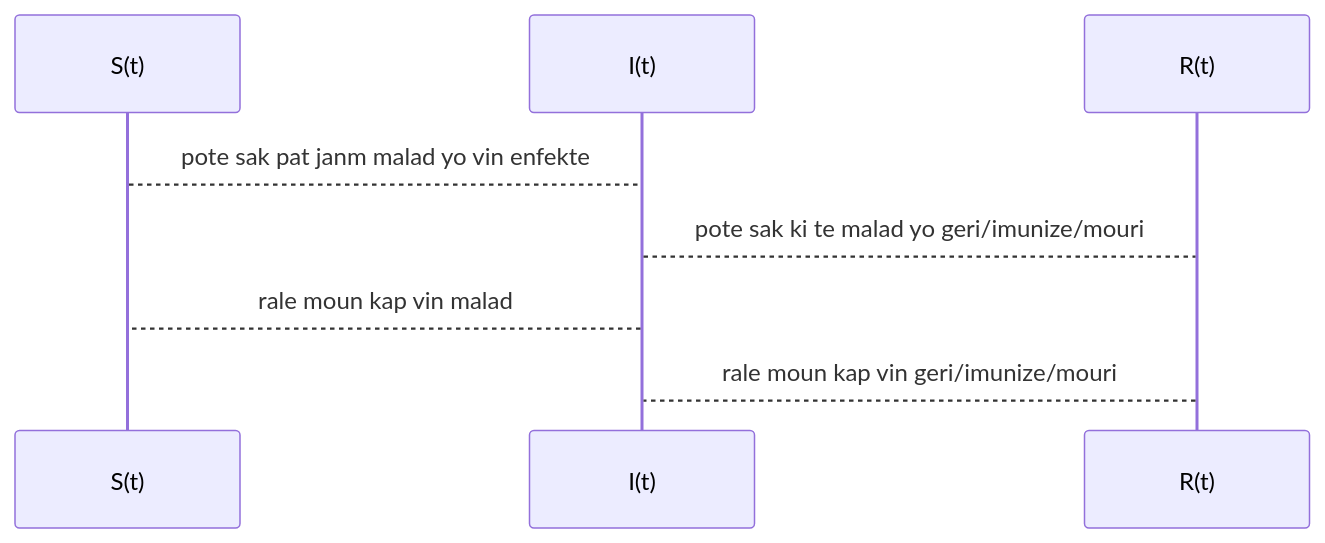
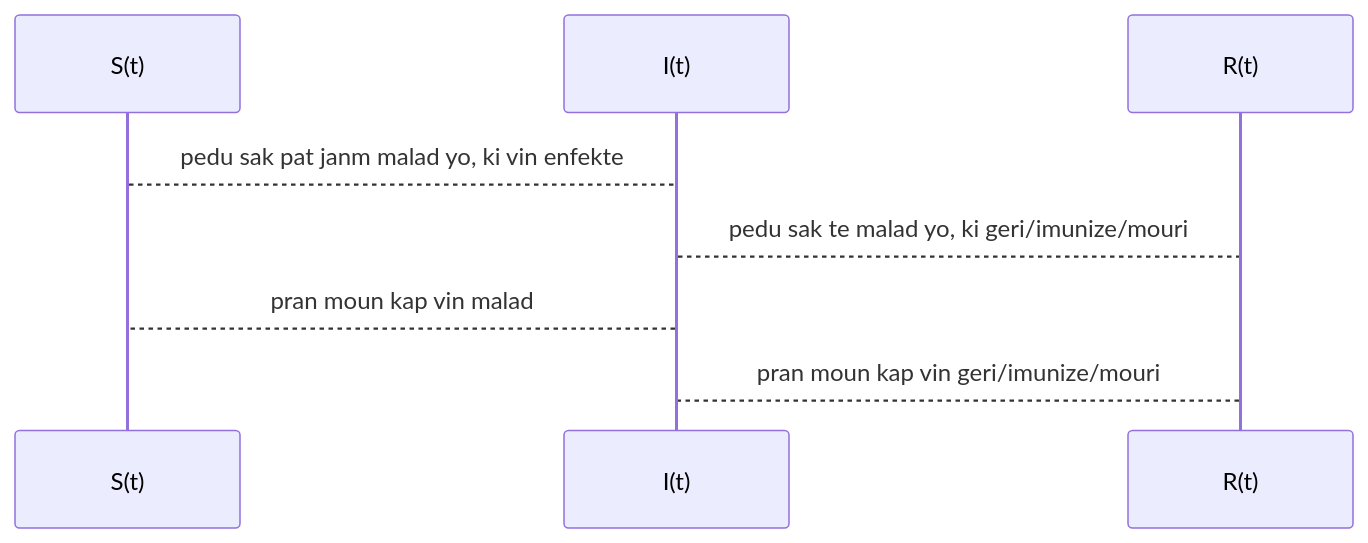
The diagram in writeups/Koub Enfeksyon nan model SIR yo.md (tipanverella/EpidemicModels), drawn with Mermaid before and after one commit. The commit also changed other lines of this file and 4 other files, not shown here.

````diff
--- a/writeups/Koub Enfeksyon nan model SIR yo.md
+++ b/writeups/Koub Enfeksyon nan model SIR yo.md
@@ -33,7 +34,7 @@
 ```mermaid
 sequenceDiagram
-	S(t) --> I(t): pote sak pat janm malad yo vin enfekte
-	I(t) --> R(t): pote sak ki te malad yo geri/imunize/mouri 
-	I(t) --> S(t): rale moun kap vin malad
-	R(t) --> I(t): rale moun kap vin geri/imunize/mouri
+	S(t) --> I(t): pedu sak pat janm malad yo, ki vin enfekte
+	I(t) --> R(t): pedu sak te malad yo, ki geri/imunize/mouri 
+	I(t) --> S(t): pran moun kap vin malad
+	R(t) --> I(t): pran moun kap vin geri/imunize/mouri
 ```
````
